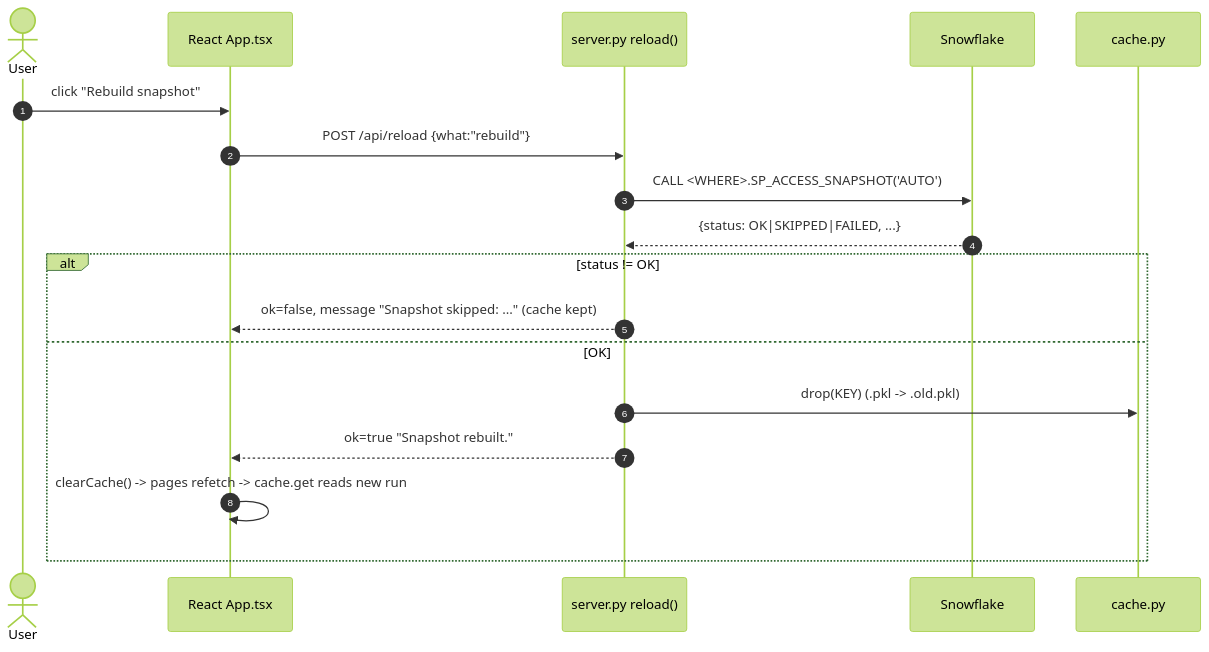
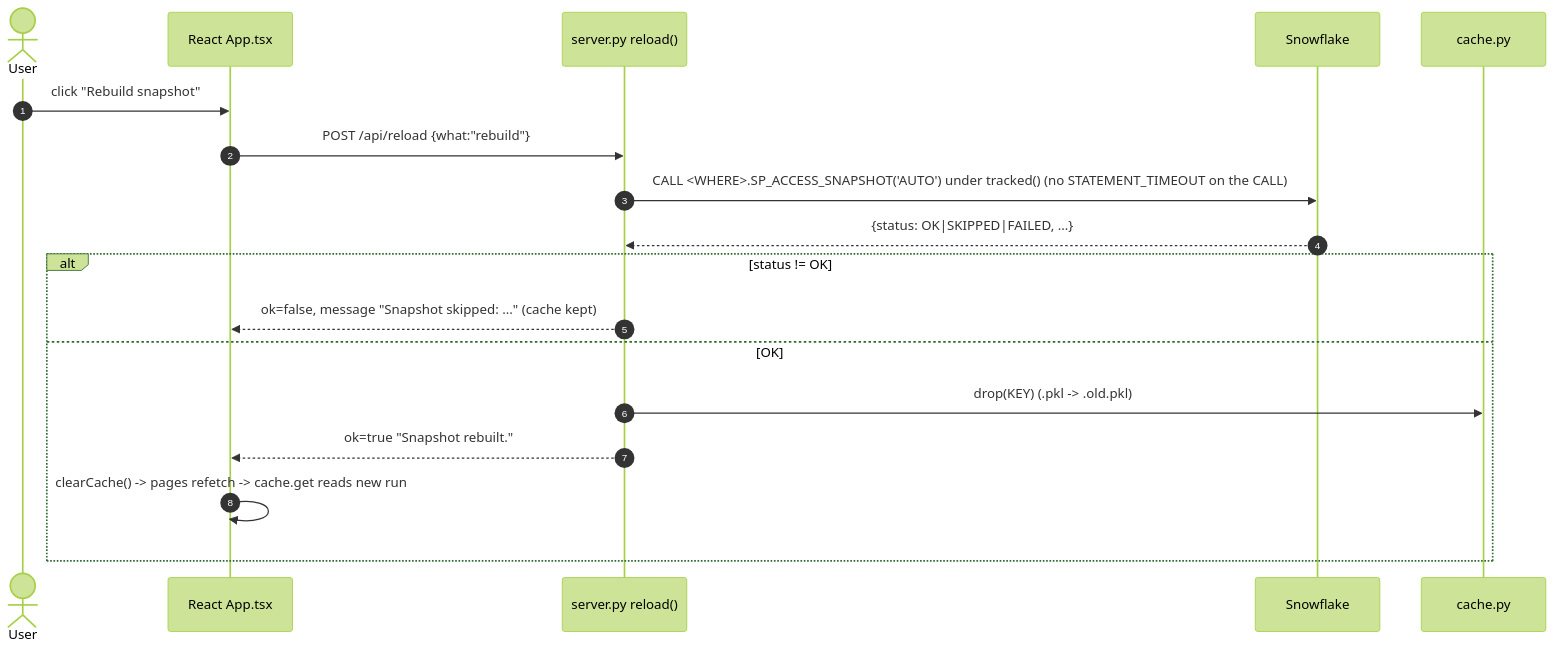
The second of 2 diagrams in snowflake-access-explorer-knowledge-graph/flows/snapshot-objects.md (darshanmeel/snowflake-access-explorer), drawn with Mermaid (forest theme) before and after one commit. The commit also changed other lines of this file and 79 other files, not shown here.

Commit message:
Knowledge graph: STATEMENT_TIMEOUT, WORKERS, ACTIVITY, HIERARCHY, progress lines, shared ACCESS_HISTORY read, procedure batching; node lines re-synced

````diff
--- a/snowflake-access-explorer-knowledge-graph/flows/snapshot-objects.md
+++ b/snowflake-access-explorer-knowledge-graph/flows/snapshot-objects.md
@@ -56,20 +60,20 @@
 ```mermaid
 sequenceDiagram
     autonumber
     actor U as User
     participant W as React App.tsx
     participant S as server.py reload()
     participant SF as Snowflake
     participant C as cache.py
     U->>W: click "Rebuild snapshot"
     W->>S: POST /api/reload {what:"rebuild"}
-    S->>SF: CALL <WHERE>.SP_ACCESS_SNAPSHOT('AUTO')
+    S->>SF: CALL <WHERE>.SP_ACCESS_SNAPSHOT('AUTO') under tracked() (no STATEMENT_TIMEOUT on the CALL)
     SF-->>S: {status: OK|SKIPPED|FAILED, ...}
     alt status != OK
         S-->>W: ok=false, message "Snapshot skipped: ..." (cache kept)
     else OK
         S->>C: drop(KEY) (.pkl -> .old.pkl)
         S-->>W: ok=true "Snapshot rebuilt."
         W->>W: clearCache() -> pages refetch -> cache.get reads new run
     end
 ```
````
